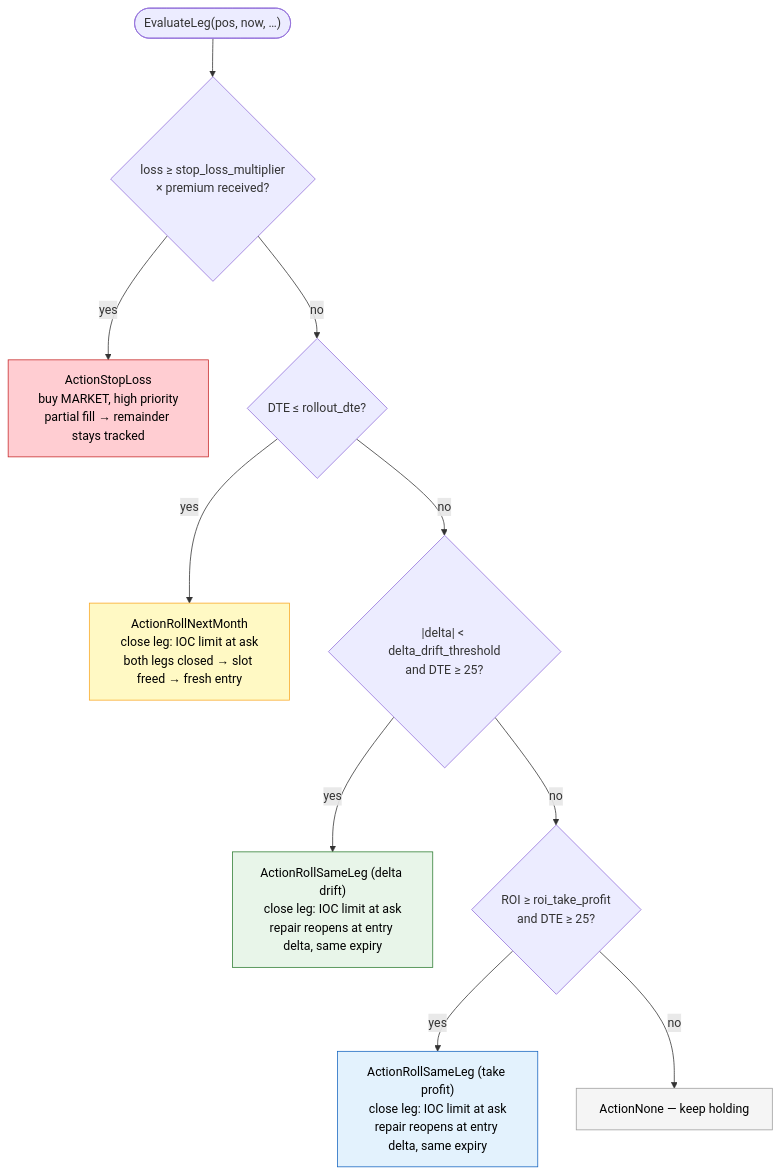
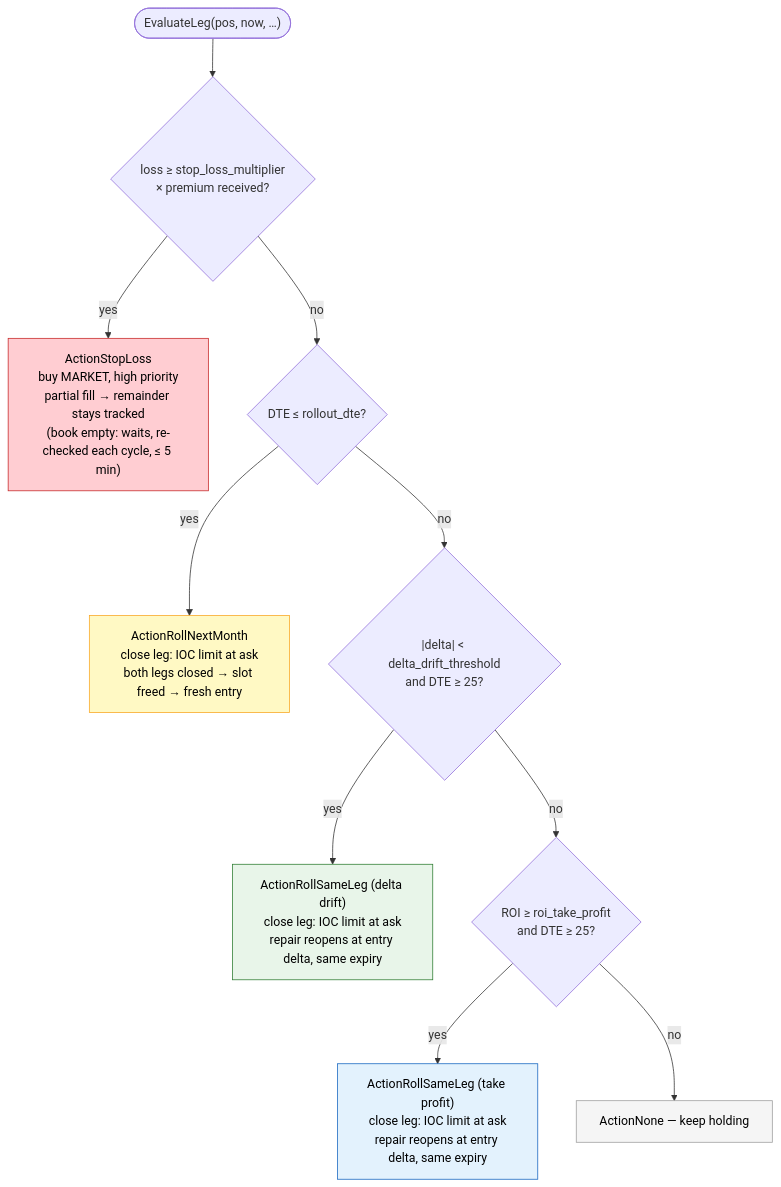
Before and after one commit to rchau73/optionsBot: the diagram in docs/strategy_rollout.mmd, drawn with Mermaid. The commit also changed 20 other files, not shown here.

```diff
--- a/docs/strategy_rollout.mmd
+++ b/docs/strategy_rollout.mmd
@@ -1,15 +1,15 @@
 flowchart TD
     A(["EvaluateLeg(pos, now, …)"]) --> B{"loss ≥ stop_loss_multiplier<br/>× premium received?"}
-    B -- "yes" --> C["ActionStopLoss<br/>buy MARKET, high priority<br/>partial fill → remainder stays tracked"]
+    B -- "yes" --> C["ActionStopLoss<br/>buy MARKET, high priority<br/>partial fill → remainder stays tracked<br/>(book empty: waits, re-checked each cycle, ≤ 5 min)"]
     B -- "no" --> D{"DTE ≤ rollout_dte?"}
     D -- "yes" --> E["ActionRollNextMonth<br/>close leg: IOC limit at ask<br/>both legs closed → slot freed → fresh entry"]
     D -- "no" --> F{"|delta| < delta_drift_threshold<br/>and DTE ≥ 25?"}
     F -- "yes" --> G["ActionRollSameLeg (delta drift)<br/>close leg: IOC limit at ask<br/>repair reopens at entry delta, same expiry"]
     F -- "no" --> H{"ROI ≥ roi_take_profit<br/>and DTE ≥ 25?"}
     H -- "yes" --> I["ActionRollSameLeg (take profit)<br/>close leg: IOC limit at ask<br/>repair reopens at entry delta, same expiry"]
     H -- "no" --> J["ActionNone — keep holding"]
     style C fill:#ffcdd2,stroke:#c62828,color:#000
     style E fill:#fff9c4,stroke:#f9a825,color:#000
     style G fill:#e8f5e9,stroke:#2e7d32,color:#000
     style I fill:#e3f2fd,stroke:#1565c0,color:#000
     style J fill:#f5f5f5,stroke:#9e9e9e,color:#000
```
